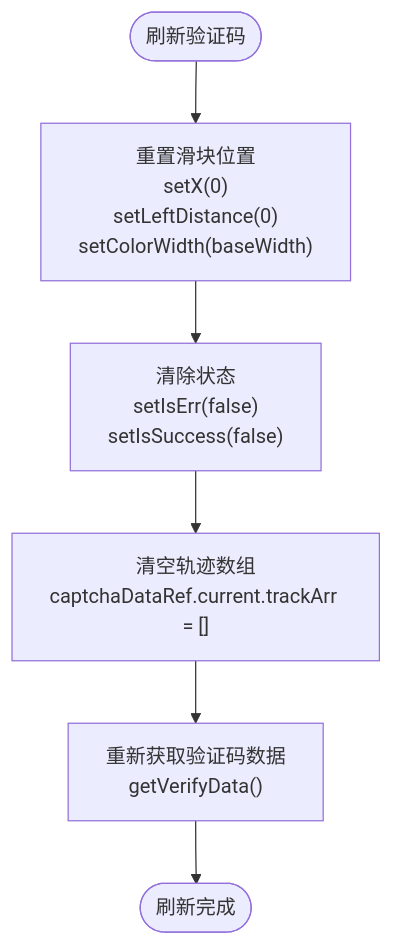
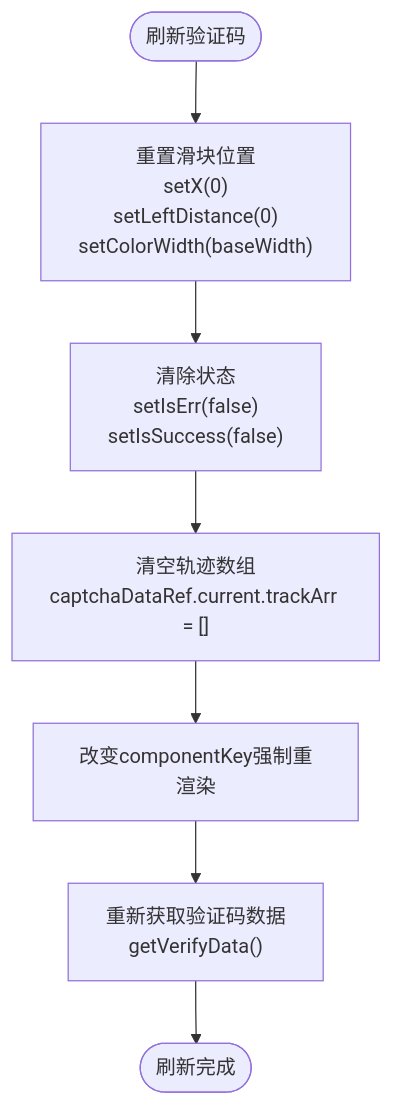
Before and after one commit to zuolinbao/redbook: diagram 11 of 14 in .qoder/repowiki/zh/content/UI组件库/滑动验证码组件.md, drawn with Mermaid. The commit also changed other lines of this file and 23 other files, not shown here.

````diff
--- a/.qoder/repowiki/zh/content/UI组件库/滑动验证码组件.md
+++ b/.qoder/repowiki/zh/content/UI组件库/滑动验证码组件.md
@@ -352,8 +360,9 @@
 ```mermaid
 flowchart TD
 Refresh([刷新验证码]) --> ResetPosition["重置滑块位置<br/>setX(0)<br/>setLeftDistance(0)<br/>setColorWidth(baseWidth)"]
 ResetPosition --> ClearStatus["清除状态<br/>setIsErr(false)<br/>setIsSuccess(false)"]
 ClearStatus --> ClearTrack["清空轨迹数组<br/>captchaDataRef.current.trackArr = []"]
-ClearTrack --> ReloadData["重新获取验证码数据<br/>getVerifyData()"]
+ClearTrack --> ChangeKey["改变componentKey强制重渲染"]
+ChangeKey --> ReloadData["重新获取验证码数据<br/>getVerifyData()"]
 ReloadData --> Success([刷新完成])
 ```
````
